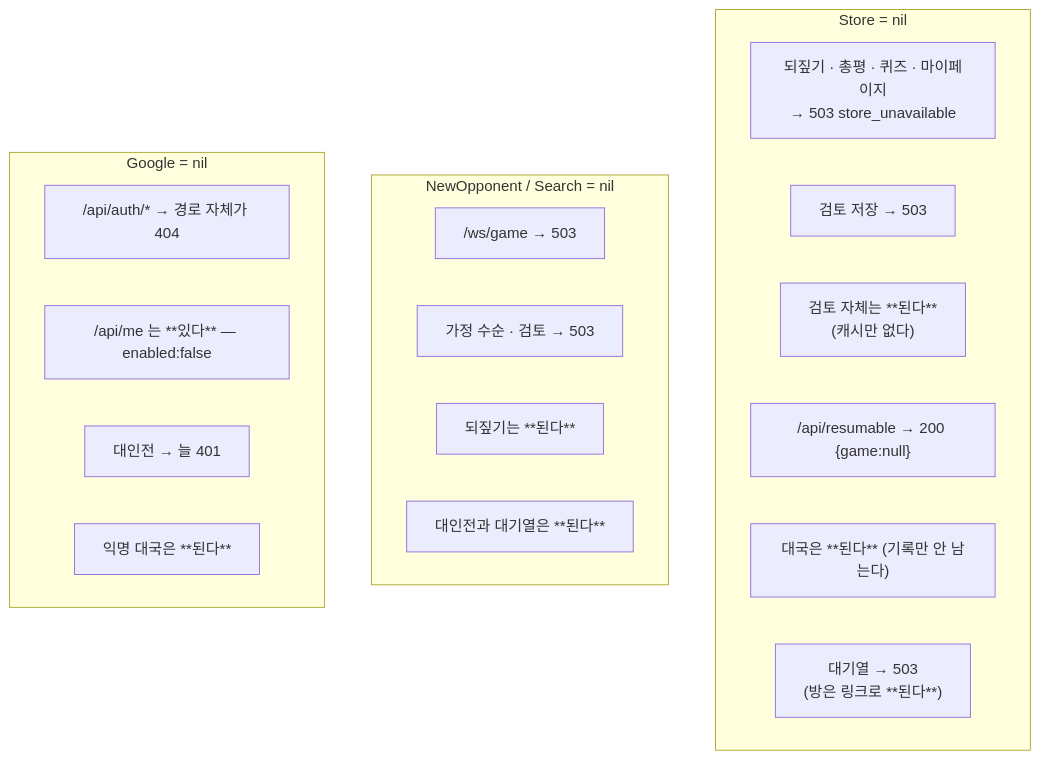
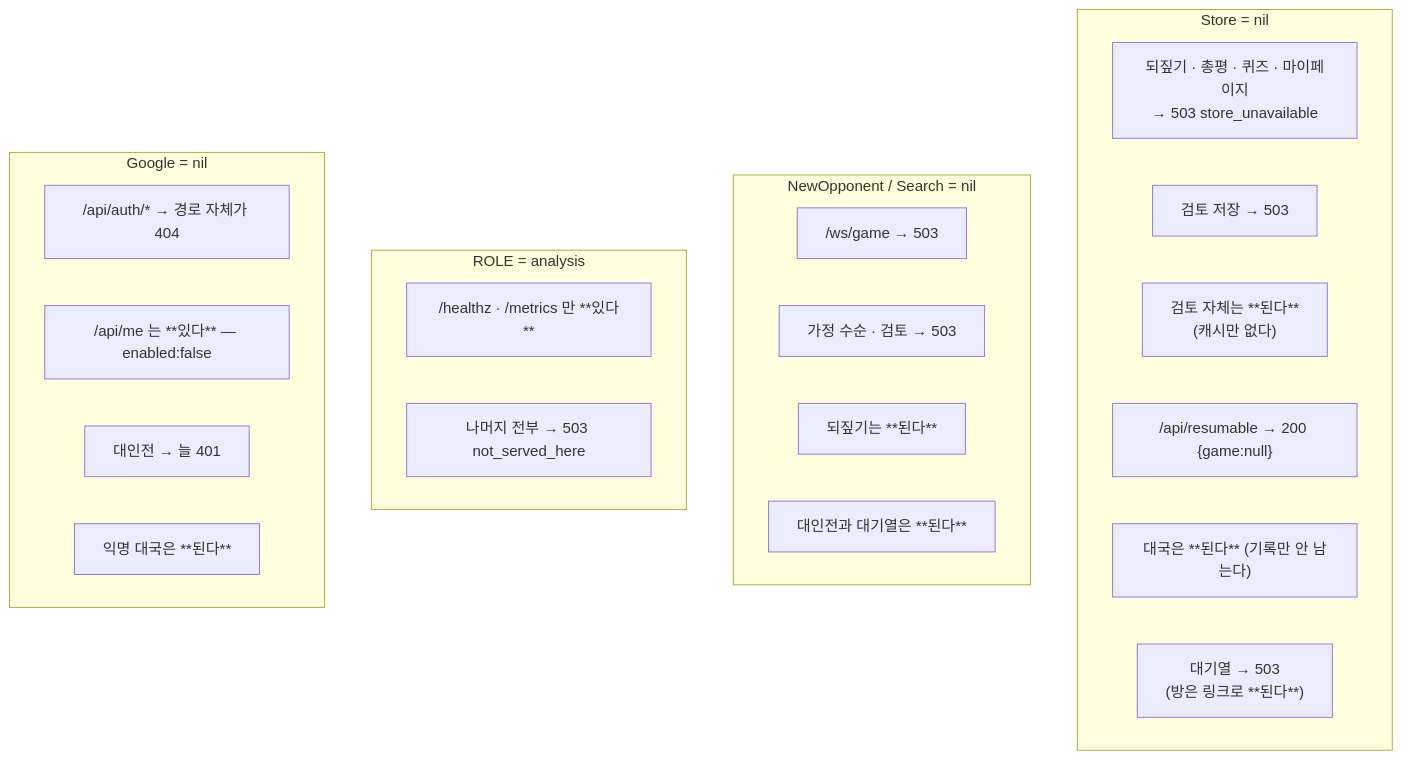
Before and after one commit to jovid18/show-gi: the eighth of 8 diagrams in docs/spec/architecture.md, drawn with Mermaid. The commit also changed other lines of this file and 6 other files, not shown here.

````diff
--- a/docs/spec/architecture.md
+++ b/docs/spec/architecture.md
@@ -344,26 +344,31 @@
 ```mermaid
 flowchart TB
     subgraph nostore["Store = nil"]
         direction LR
         N1["되짚기 · 총평 · 퀴즈 · 마이페이지<br/>→ 503 store_unavailable"]
         N2["검토 저장 → 503"]
         N5["검토 자체는 **된다**<br/>(캐시만 없다)"]
         N3["/api/resumable → 200 {game:null}"]
         N4["대국은 **된다** (기록만 안 남는다)"]
         N6["대기열 → 503<br/>(방은 링크로 **된다**)"]
     end
     subgraph noengine["NewOpponent / Search = nil"]
         direction LR
         M1["/ws/game → 503"]
         M2["가정 수순 · 검토 → 503"]
         M3["되짚기는 **된다**"]
         M4["대인전과 대기열은 **된다**"]
     end
+    subgraph analysis["ROLE = analysis"]
+        direction LR
+        R1["/healthz · /metrics 만 **있다**"]
+        R2["나머지 전부 → 503 not_served_here"]
+    end
     subgraph noauth["Google = nil"]
         direction LR
         A1["/api/auth/* → 경로 자체가 404"]
         A2["/api/me 는 **있다** — enabled:false"]
         A3["대인전 → 늘 401"]
         A4["익명 대국은 **된다**"]
     end
 ```
````
